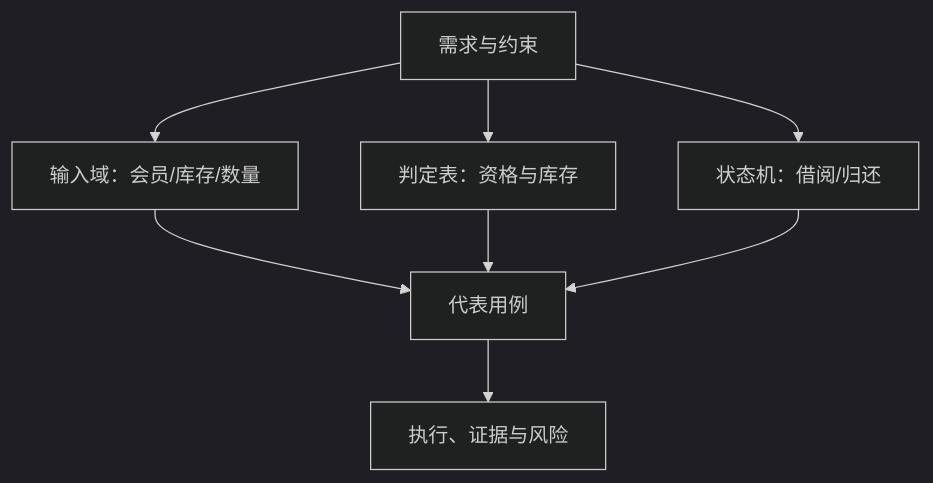
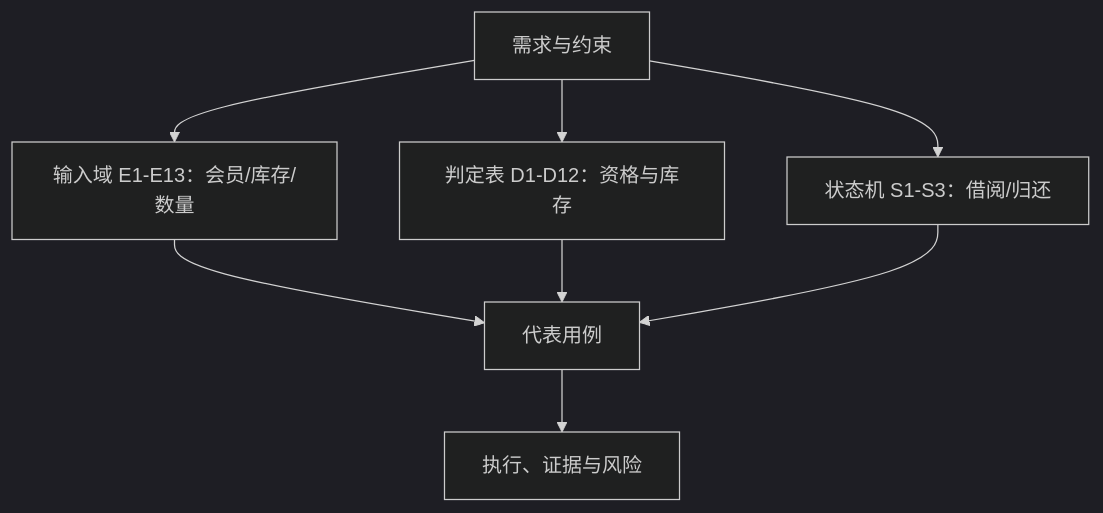
Before and after one commit to koco-co/hexo-blog: the diagram in source/_posts/learn-topic/testing-basics/测试基础(十八)综合实战.md, drawn with Mermaid (dark theme). The commit also changed other lines of this file and 34 other files, not shown here.

```diff
--- a/source/_posts/learn-topic/testing-basics/测试基础(十八)综合实战.md
+++ b/source/_posts/learn-topic/testing-basics/测试基础(十八)综合实战.md
@@ -55,10 +55,10 @@
 {% mermaid %}
 flowchart TD
-  R[需求与约束] --> E[输入域：会员/库存/数量]
-  R --> D[判定表：资格与库存]
-  R --> S[状态机：借阅/归还]
+  R[需求与约束] --> E[输入域 E1-E13：会员/库存/数量]
+  R --> D[判定表 D1-D12：资格与库存]
+  R --> S[状态机 S1-S3：借阅/归还]
   E --> C[代表用例]
   D --> C
   S --> C
   C --> T[执行、证据与风险]
 {% endmermaid %}
```
